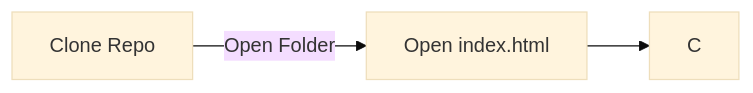
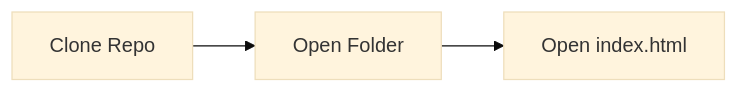
The diagram in README.md (ADITYAVOFFICIAL/Skin-Disease-Classifier), drawn with Mermaid (base theme) before and after one commit.

````diff
--- a/README.md
+++ b/README.md
@@ -91,6 +91,7 @@
 ```mermaid
 flowchart LR
 A(Round)
-A[Clone Repo] -->|Open Folder| B(Round)
-B[Open index.html] --> C
+A[Clone Repo] --> B(Round)
+C(Round)
+B[Open Folder] --> C[Open index.html]
 ```
````
